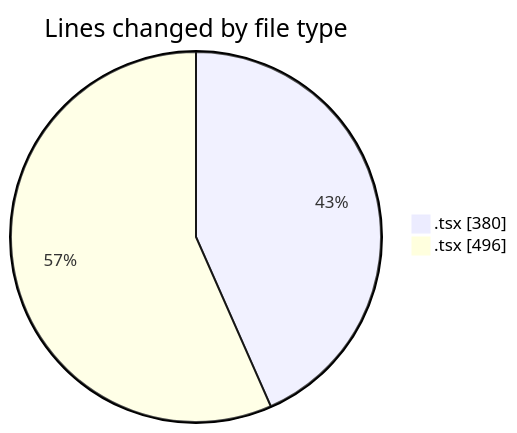
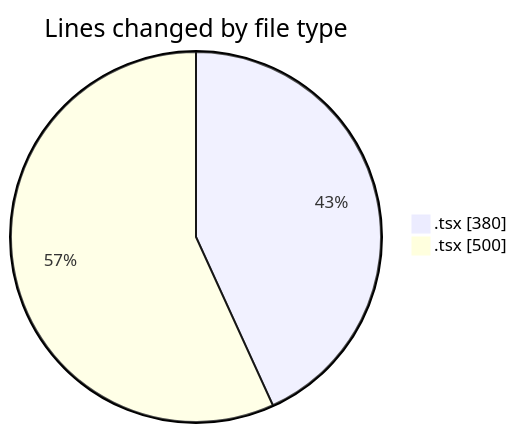
The first of 2 diagrams in 2025-02-06/mbc-web/README.md (robertbonfada/code-tracking), drawn with Mermaid before and after one commit. The commit also changed other lines of this file and 1 other file, not shown here.

````diff
--- a/2025-02-06/mbc-web/README.md
+++ b/2025-02-06/mbc-web/README.md
@@ -24,6 +24,6 @@
 ```mermaid
 pie showData
 title Lines changed by file type
 ".tsx " : 380
-".tsx" : 496
+".tsx" : 500
 ```
````
